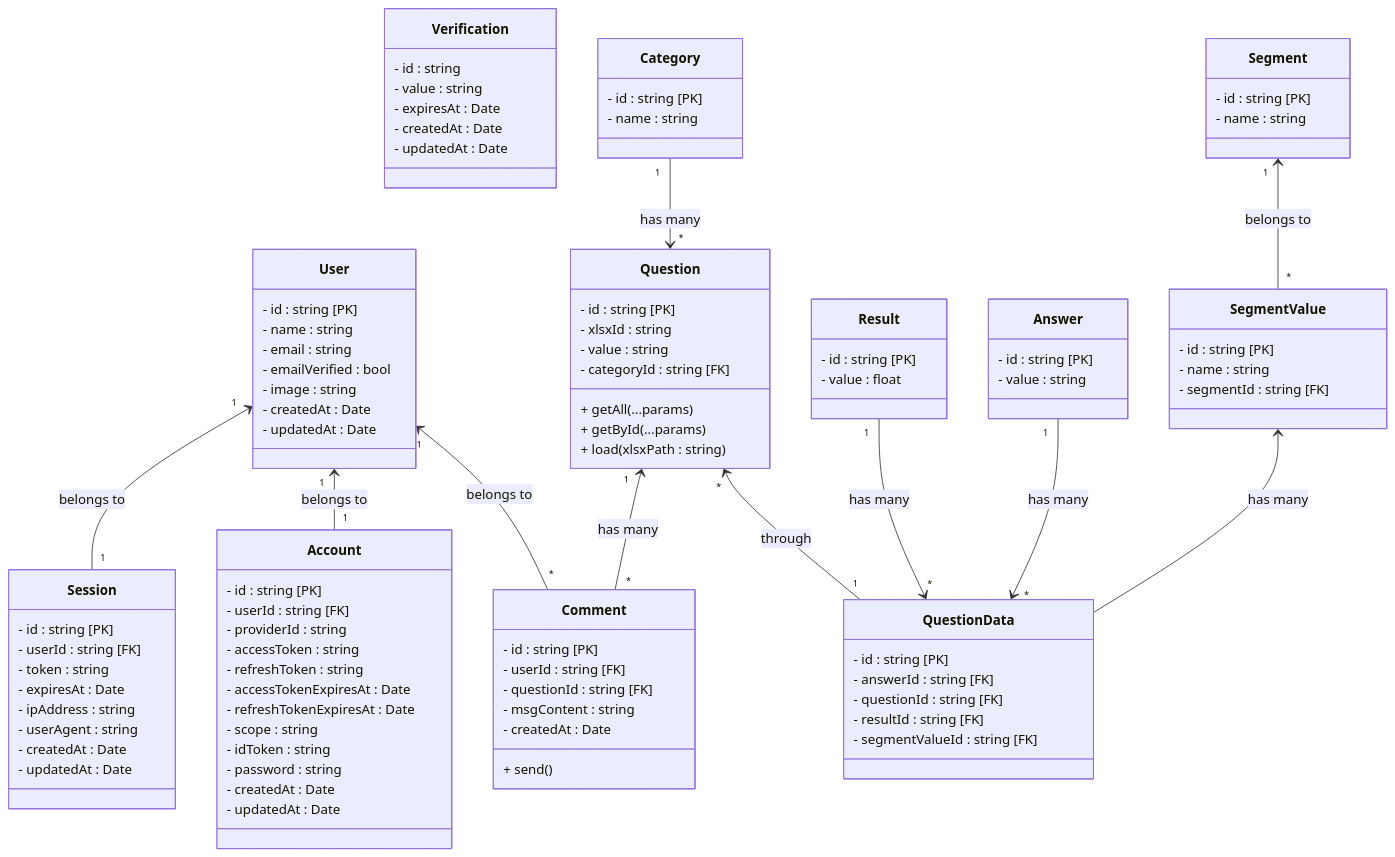
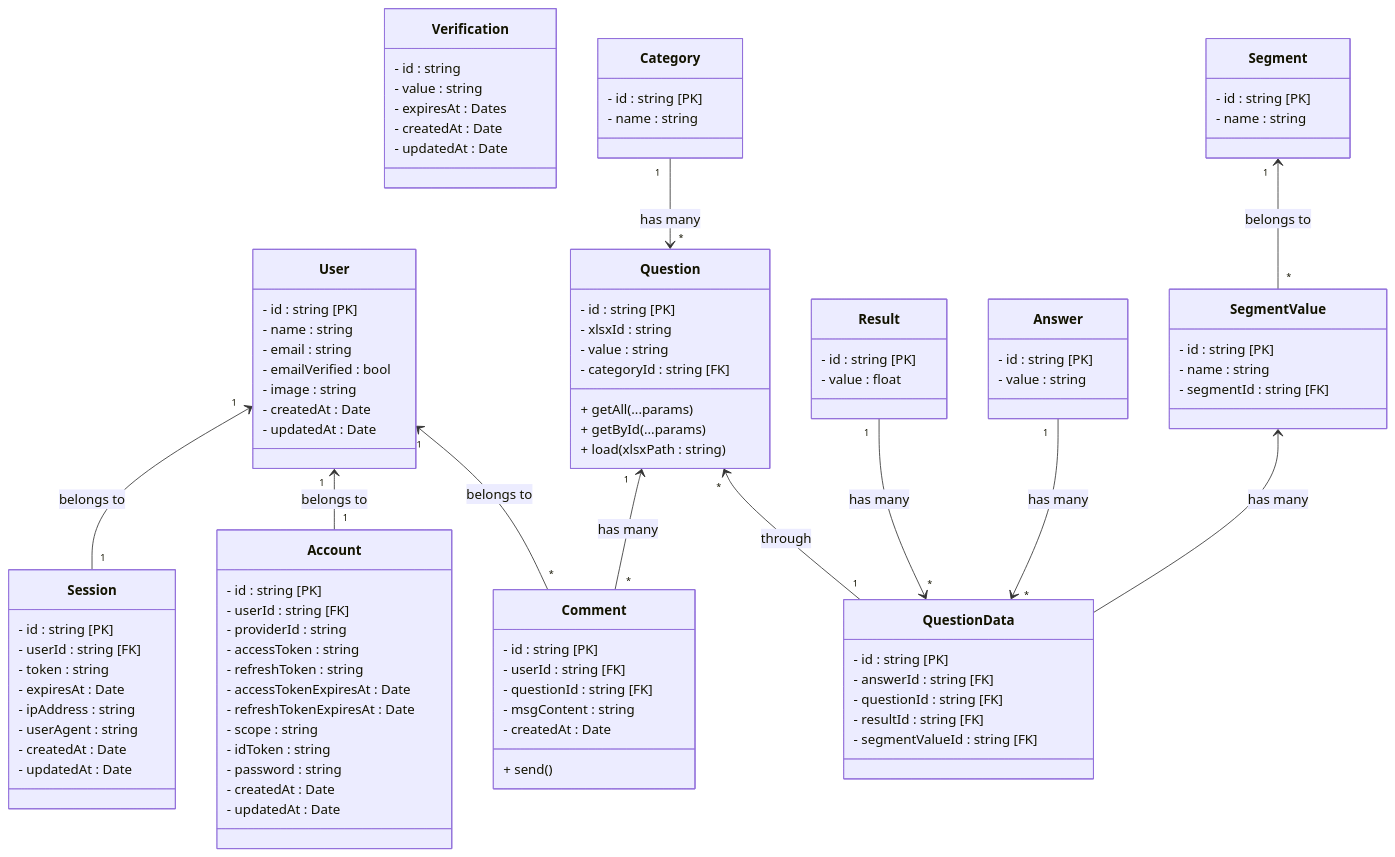
The diagram in docs/system-classDiagram.mmd (DaifMX/ITESM_Jalisco_Como_Vamos), drawn with Mermaid before and after one commit. The commit also changed 5 other files, not shown here.

```diff
--- a/docs/system-classDiagram.mmd
+++ b/docs/system-classDiagram.mmd
@@ -1,114 +1,114 @@
 %% Implementado por Daif
 
 classDiagram
     User "1" <-- "1" Session : belongs to
     User "1" <-- "1" Account : belongs to
     User "1" <-- "*" Comment : belongs to
 
     class Verification {
         - id : string
         - value : string
-        - expiresAt : Date
+        - expiresAt : Dates
         - createdAt : Date
         - updatedAt : Date
     }
 
     class User {
         - id : string [PK]
         - name : string
         - email : string
         - emailVerified : bool
         - image : string
         - createdAt : Date
         - updatedAt : Date
     }
 
     class Session {
         - id : string [PK]
         - userId : string [FK]
         - token : string
         - expiresAt : Date
         - ipAddress : string
         - userAgent : string
         - createdAt : Date
         - updatedAt : Date
     }
 
     class Account {
         - id : string [PK]
         - userId : string [FK]
         - providerId : string
         - accessToken : string
         - refreshToken : string
         - accessTokenExpiresAt : Date
         - refreshTokenExpiresAt : Date
         - scope : string
         - idToken : string
         - password : string
         - createdAt : Date
         - updatedAt : Date
     }
 
     %% Versión normalizada de XLSX a SQL
     
     Question"1" <--"*" Comment : has many
     Question"*" <-- "1" QuestionData : through
     Category"1" --> "*" Question : has many
     Result "1" --> "*" QuestionData : has many
     Answer "1" --> "*" QuestionData : has many
 
     class Category {
         - id : string [PK]
         - name : string
     }
 
     class Question {
         - id : string [PK]
         - xlsxId : string
         - value : string
         - categoryId : string [FK]
         + getAll(...params)
         + getById(...params)
         + load(xlsxPath : string)
     }
 
     class Answer {
         - id : string [PK]
         - value : string
     }
 
     class QuestionData {
         - id : string [PK]
         - answerId : string [FK]
         - questionId : string [FK]
         - resultId : string [FK]
         - segmentValueId : string [FK]
     }
 
     Segment"1" <-- "*" SegmentValue : belongs to
     SegmentValue <-- QuestionData : has many
 
     class Segment {
         - id : string [PK]
         - name : string
     }
 
     class SegmentValue {
         - id : string [PK]
         - name : string
         - segmentId : string [FK]
     }
 
     class Result {
         - id : string [PK]
         - value : float
     }
 
     class Comment {
         - id : string [PK]
         - userId : string [FK]
         - questionId : string [FK]
         - msgContent : string
         - createdAt : Date
         + send()
     }
```
